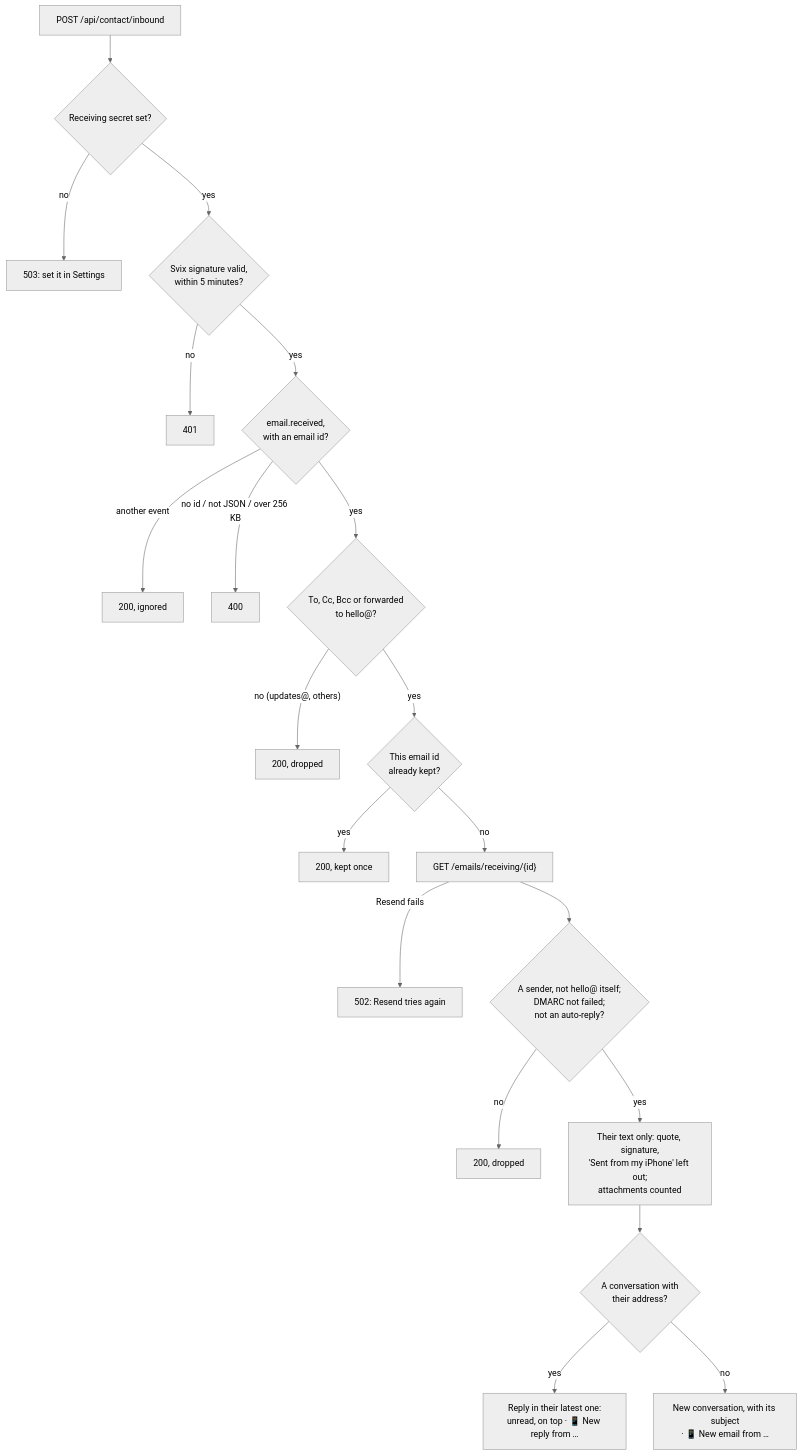
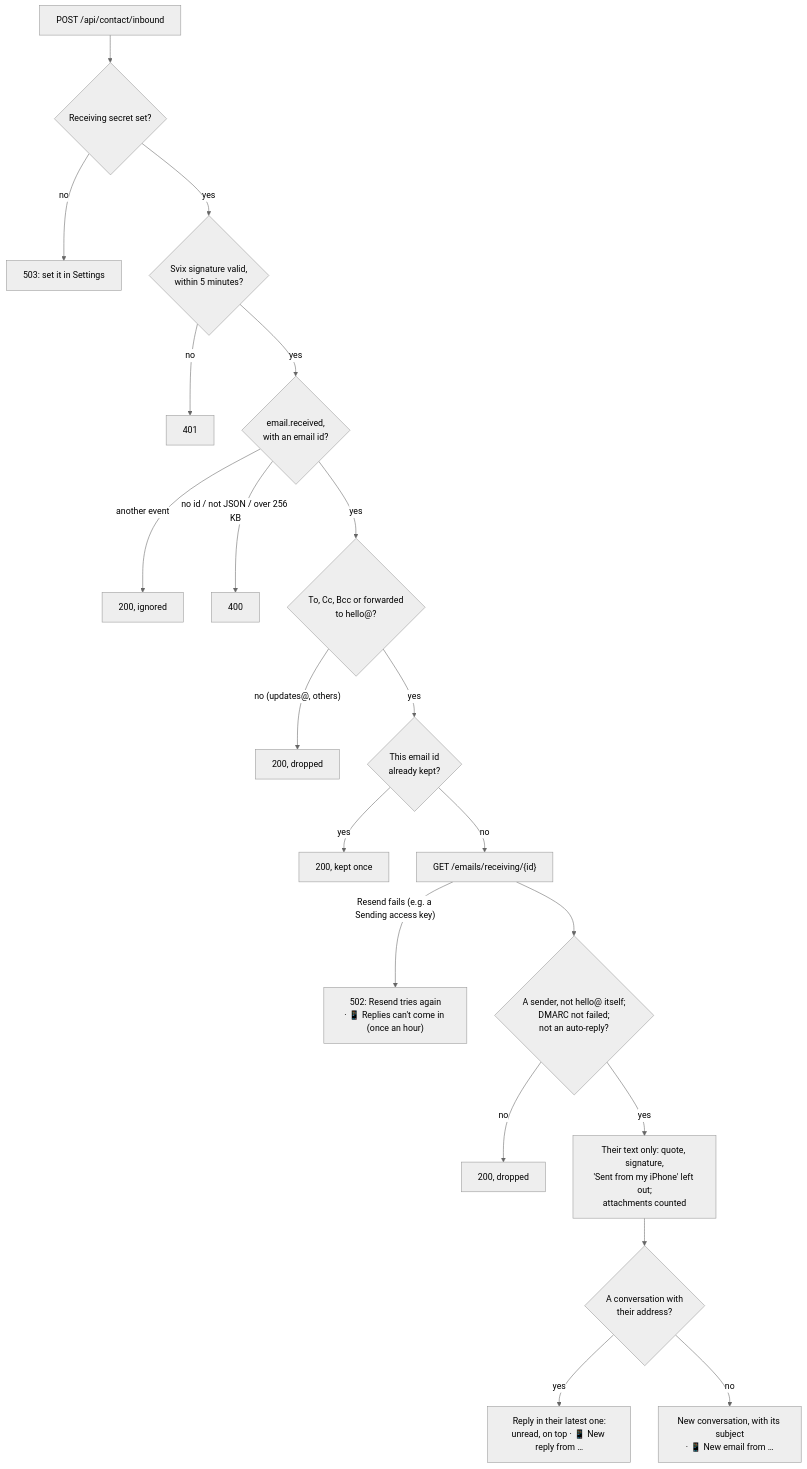
One commit to ClaoMike/jechel.dev.2026 changed the third of 5 diagrams in README.md. Above: the diagram before and after it, drawn with Mermaid (neutral theme). The commit also changed other lines of this file and 9 other files, not shown here.

````diff
--- a/README.md
+++ b/README.md
@@ -920,22 +927,22 @@
 ```mermaid
 flowchart TD
   hook["POST /api/contact/inbound"] --> secret{"Receiving secret set?"}
   secret -- no --> e503["503: set it in Settings"]
   secret -- yes --> sig{"Svix signature valid,<br/>within 5 minutes?"}
   sig -- no --> e401["401"]
   sig -- yes --> kind{"email.received,<br/>with an email id?"}
   kind -- "another event" --> ok1["200, ignored"]
   kind -- "no id / not JSON / over 256 KB" --> e400["400"]
   kind -- yes --> to{"To, Cc, Bcc or forwarded<br/>to hello@?"}
   to -- "no (updates@, others)" --> drop1["200, dropped"]
   to -- yes --> seen{"This email id<br/>already kept?"}
   seen -- yes --> ok2["200, kept once"]
   seen -- no --> fetch["GET /emails/receiving/{id}"]
-  fetch -- "Resend fails" --> e502["502: Resend tries again"]
+  fetch -- "Resend fails (e.g. a Sending access key)" --> e502["502: Resend tries again<br/>· 📱 Replies can't come in (once an hour)"]
   fetch --> person{"A sender, not hello@ itself;<br/>DMARC not failed;<br/>not an auto-reply?"}
   person -- no --> drop2["200, dropped"]
   person -- yes --> text["Their text only: quote, signature,<br/>'Sent from my iPhone' left out;<br/>attachments counted"]
   text --> known{"A conversation with<br/>their address?"}
   known -- yes --> reply["Reply in their latest one:<br/>unread, on top · 📱 New reply from …"]
   known -- no --> start["New conversation, with its subject<br/>· 📱 New email from …"]
 ```
````
